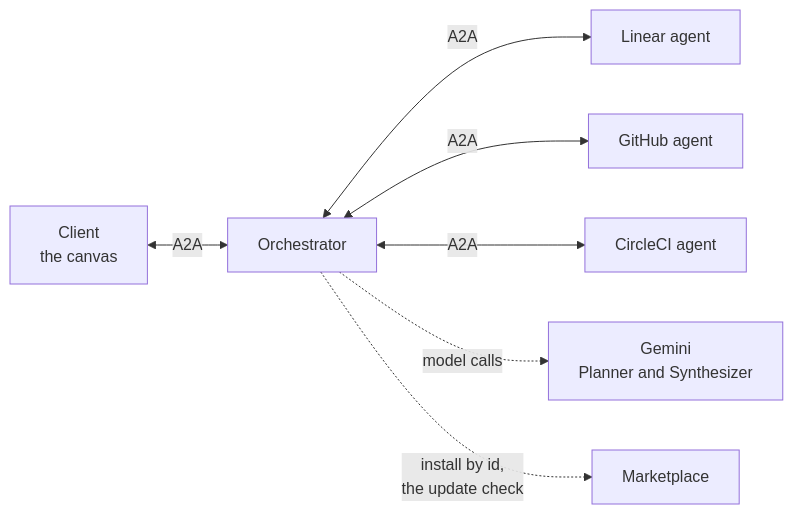
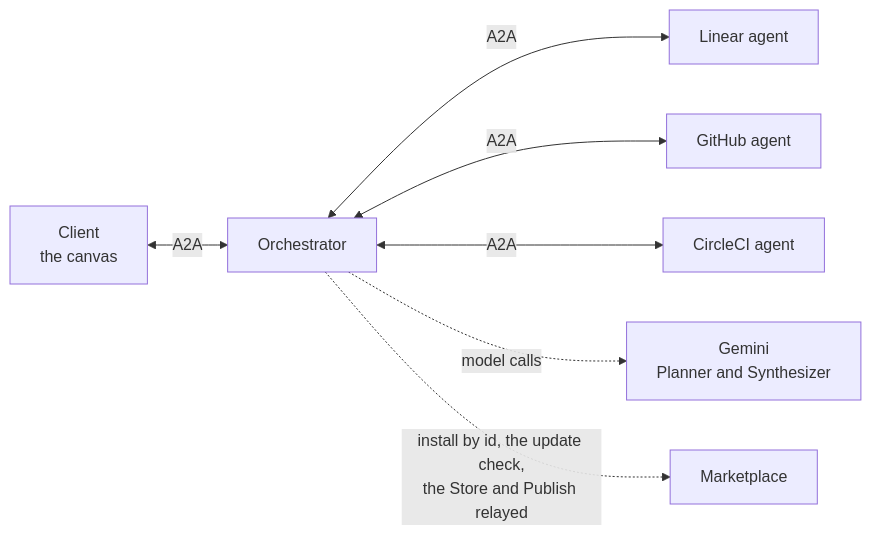
Before and after one commit to retz8/a2uiverse: the diagram in README.md, drawn with Mermaid. The commit also changed other lines of this file and 10 other files, not shown here.

````diff
--- a/README.md
+++ b/README.md
@@ -127,9 +129,9 @@
 ```mermaid
 flowchart LR
     C["Client<br/>the canvas"] <-->|A2A| O["Orchestrator"]
     O <-->|A2A| L["Linear agent"]
     O <-->|A2A| G["GitHub agent"]
     O <-->|A2A| CI["CircleCI agent"]
     O -.->|model calls| M["Gemini<br/>Planner and Synthesizer"]
-    O -.->|install by id,<br/>the update check| MK["Marketplace"]
+    O -.->|install by id, the update check,<br/>the Store and Publish relayed| MK["Marketplace"]
 ```
````
